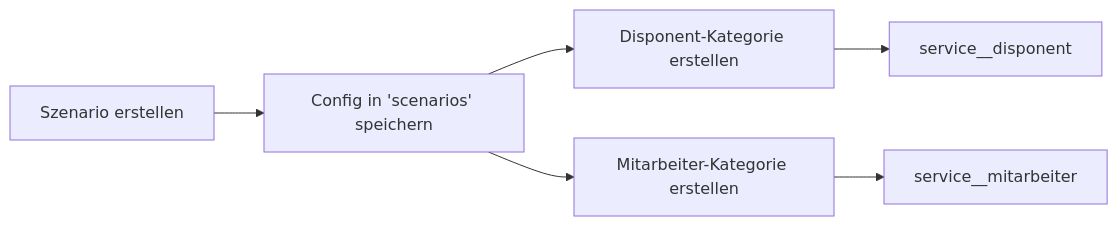
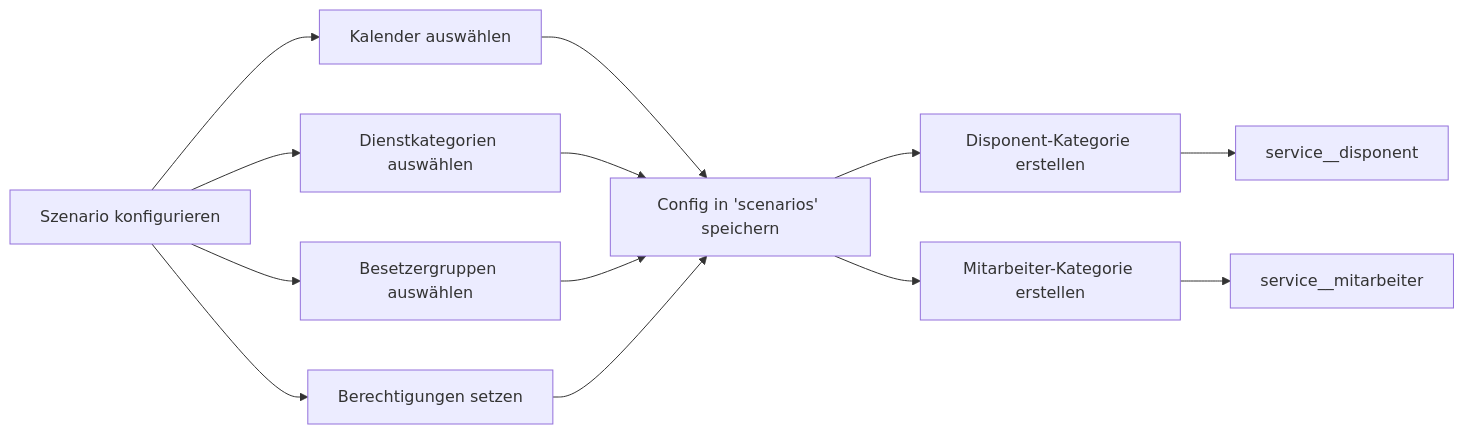
The tenth of 16 diagrams in docs/planning-scenarios.md (bwl21/bwl-dienstplanung), drawn with Mermaid before and after one commit. The commit also changed other lines of this file, not shown here.

First line of the commit message:
Add event and service selection criteria to scenarios

````diff
--- a/docs/planning-scenarios.md
+++ b/docs/planning-scenarios.md
@@ -223,8 +264,17 @@
 ```mermaid
 flowchart LR
-    A[Szenario erstellen] --> B[Config in 'scenarios' speichern]
+    A[Szenario konfigurieren] --> A1[Kalender auswählen]
+    A --> A2[Dienstkategorien auswählen]
+    A --> A3[Besetzergruppen auswählen]
+    A --> A4[Berechtigungen setzen]
+    
+    A1 --> B[Config in 'scenarios' speichern]
+    A2 --> B
+    A3 --> B
+    A4 --> B
+    
     B --> C[Disponent-Kategorie erstellen]
     B --> D[Mitarbeiter-Kategorie erstellen]
     C --> E[service__disponent]
     D --> F[service__mitarbeiter]
 ```
````
